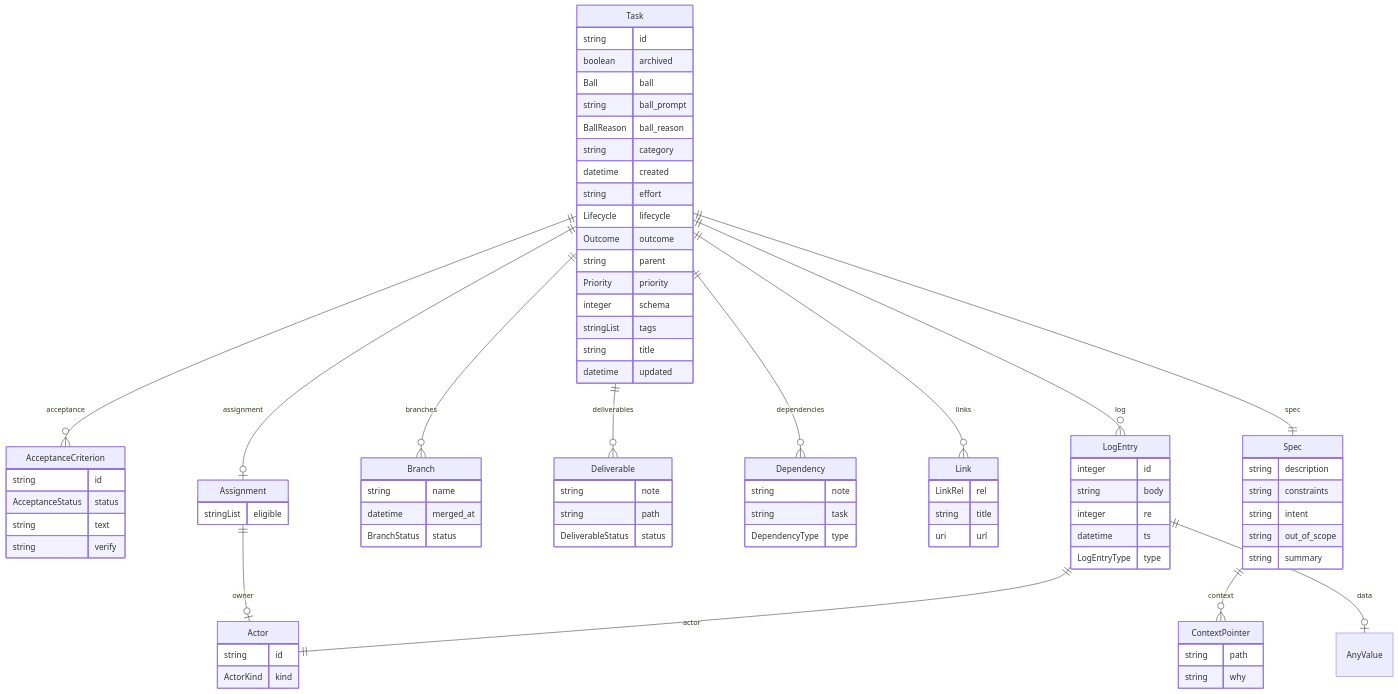
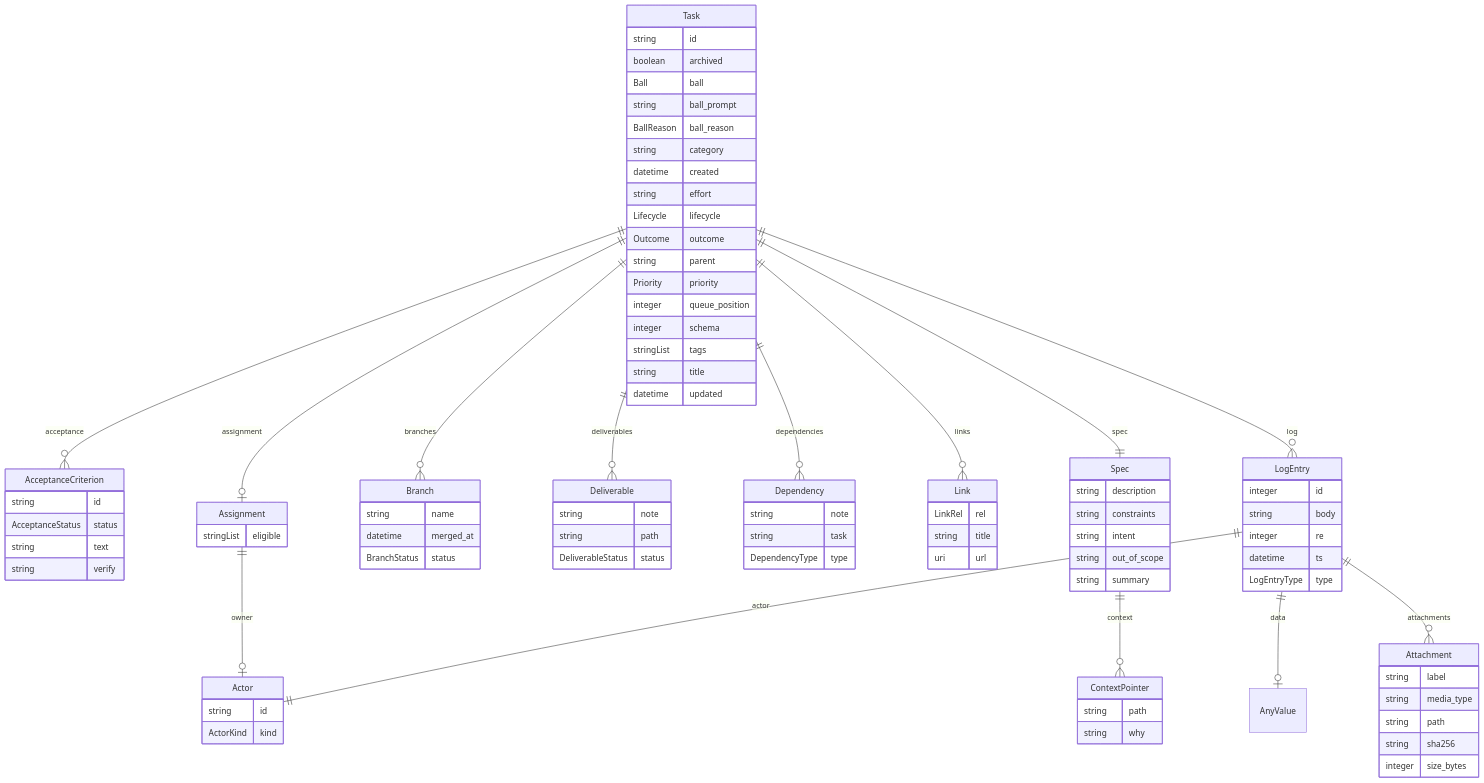
Before and after one commit to jeffposey/agentjobs: the diagram in schema/generated/agentjobs-v2.er.mmd, drawn with Mermaid. The commit also changed 19 other files, not shown here.

First line of the commit message:
chore(schema): regenerate LinkML artefacts for queue_position and attachments

```diff
--- a/schema/generated/agentjobs-v2.er.mmd
+++ b/schema/generated/agentjobs-v2.er.mmd
@@ -15,6 +15,13 @@
 }
 Assignment {
     stringList eligible  
+}
+Attachment {
+    string label  
+    string media_type  
+    string path  
+    string sha256  
+    integer size_bytes  
 }
 Branch {
     string name  
@@ -67,6 +74,7 @@
     Outcome outcome  
     string parent  
     Priority priority  
+    integer queue_position  
     integer schema  
     stringList tags  
     string title  
@@ -76,6 +84,7 @@
 Assignment ||--|o Actor : "owner"
 LogEntry ||--|o AnyValue : "data"
 LogEntry ||--|| Actor : "actor"
+LogEntry ||--}o Attachment : "attachments"
 Spec ||--}o ContextPointer : "context"
 Task ||--|o Assignment : "assignment"
 Task ||--|| Spec : "spec"
```
